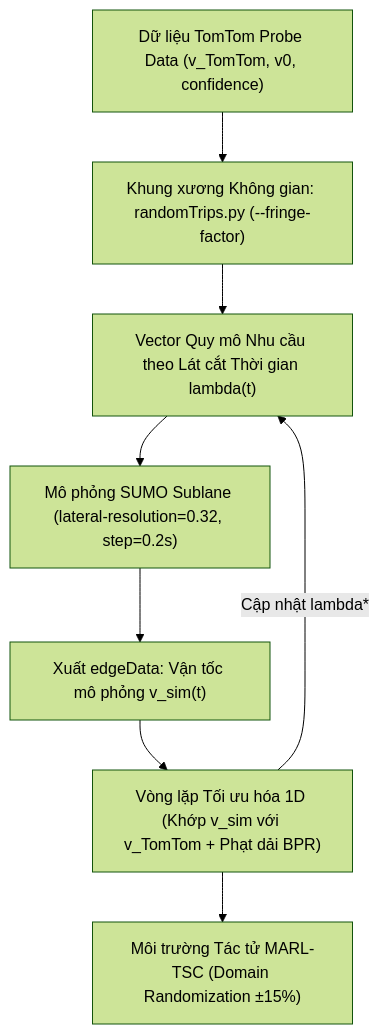
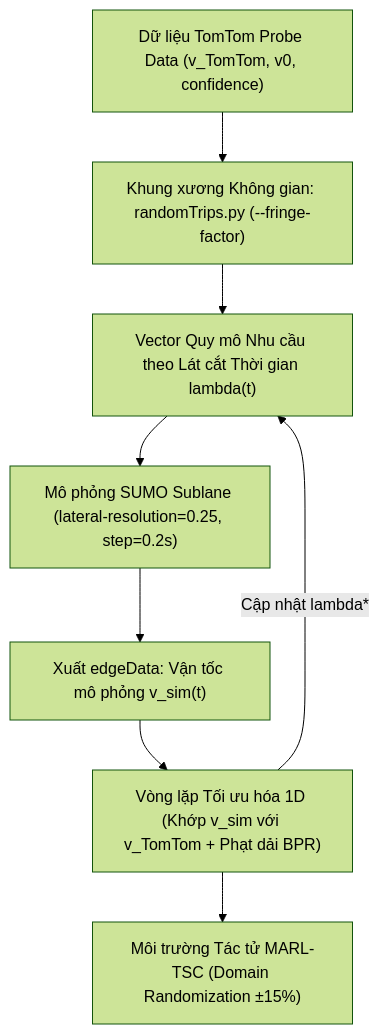
The diagram in macro_traffic_crawler/docs/HCMC_TRAFFIC_SPECIFICATIONS_AND_THEORY.md (AlanTurning2005/TSC_project), drawn with Mermaid (forest theme) before and after one commit. The commit also changed other lines of this file and 46 other files, not shown here.

````diff
--- a/macro_traffic_crawler/docs/HCMC_TRAFFIC_SPECIFICATIONS_AND_THEORY.md
+++ b/macro_traffic_crawler/docs/HCMC_TRAFFIC_SPECIFICATIONS_AND_THEORY.md
@@ -296,10 +296,10 @@
 ```mermaid
 flowchart TD
     A["Dữ liệu TomTom Probe Data (v_TomTom, v0, confidence)"] --> B["Khung xương Không gian: randomTrips.py (--fringe-factor)"]
     B --> C["Vector Quy mô Nhu cầu theo Lát cắt Thời gian lambda(t)"]
-    C --> D["Mô phỏng SUMO Sublane (lateral-resolution=0.32, step=0.2s)"]
+    C --> D["Mô phỏng SUMO Sublane (lateral-resolution=0.25, step=0.2s)"]
     D --> E["Xuất edgeData: Vận tốc mô phỏng v_sim(t)"]
     E --> F["Vòng lặp Tối ưu hóa 1D (Khớp v_sim với v_TomTom + Phạt dải BPR)"]
     F -->|Cập nhật lambda*| C
     F --> G["Môi trường Tác tử MARL-TSC (Domain Randomization &plusmn;15%)"]
 ```
````
